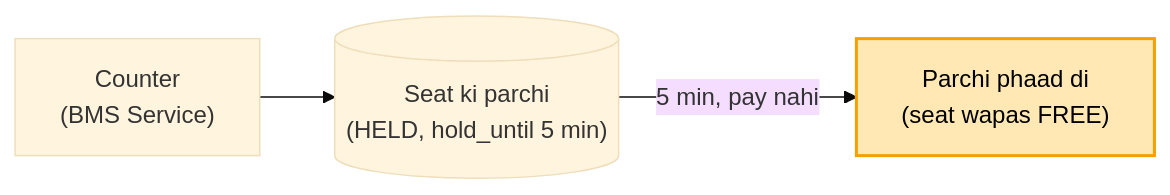
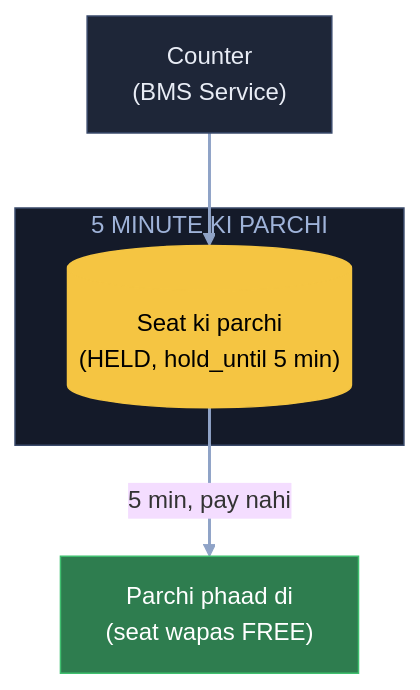
One commit to ArpanMaheshwari144/Prep changed the second of 6 diagrams in 04_HLD/SYSTEM_DESIGNS/09_bookmyshow/09_bookmyshow.md. Above: the diagram before and after it, drawn with Mermaid (base theme). The commit also changed other lines of this file, not shown here.

Commit message:
BMS: 6 diagram YouTube (reel) wale card andaaz me

````diff
--- a/04_HLD/SYSTEM_DESIGNS/09_bookmyshow/09_bookmyshow.md
+++ b/04_HLD/SYSTEM_DESIGNS/09_bookmyshow/09_bookmyshow.md
@@ -56,6 +67,16 @@
 ```mermaid
-flowchart LR
-    S["Counter<br/>(BMS Service)"] --> D[("Seat ki parchi<br/>(HELD, hold_until 5 min)")]
-    D -- "5 min, pay nahi" --> F["Parchi phaad di<br/>(seat wapas FREE)"]
-    style F fill:#ffe8b3,stroke:#f59f00,stroke-width:2px,color:#000
+flowchart TB
+    S["Counter<br/>(BMS Service)"]:::card
+    subgraph PM["5 MINUTE KI PARCHI"]
+        D[("Seat ki parchi<br/>(HELD, hold_until 5 min)")]:::pill
+    end
+    F["Parchi phaad di<br/>(seat wapas FREE)"]:::good
+    S --> D
+    D -- "5 min, pay nahi" --> F
+    linkStyle default stroke:#8fa3c7,stroke-width:2px
+    classDef card fill:#1e2638,stroke:#3a4a6b,color:#e8ecf5
+    classDef pill fill:#f5c542,stroke:#f5c542,color:#000
+    classDef good fill:#2e7d4f,stroke:#3fbf6f,color:#fff
+    classDef bad fill:#5c1f24,stroke:#e05561,color:#fff
+    style PM fill:#141a29,stroke:#3a4a6b,color:#9fb3d9
 ```
````
